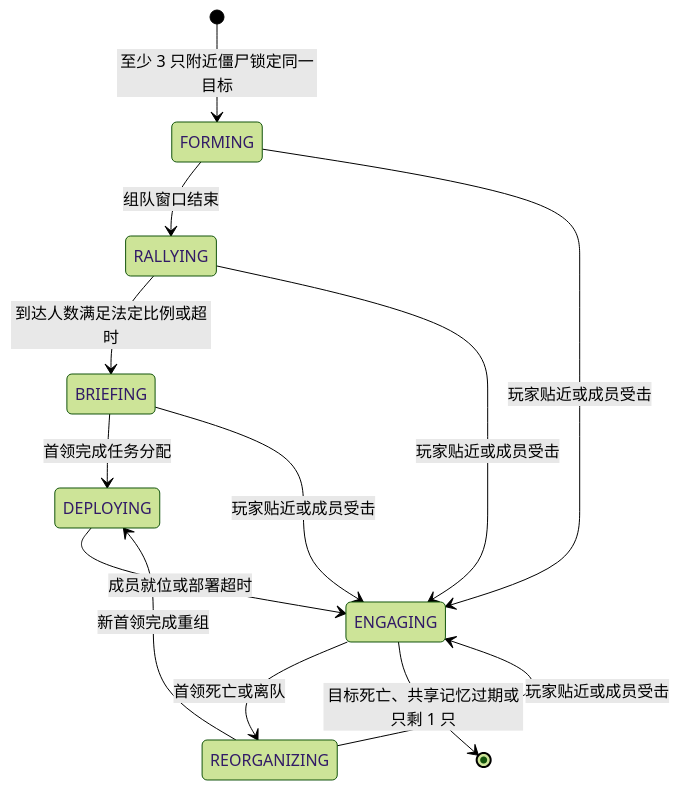
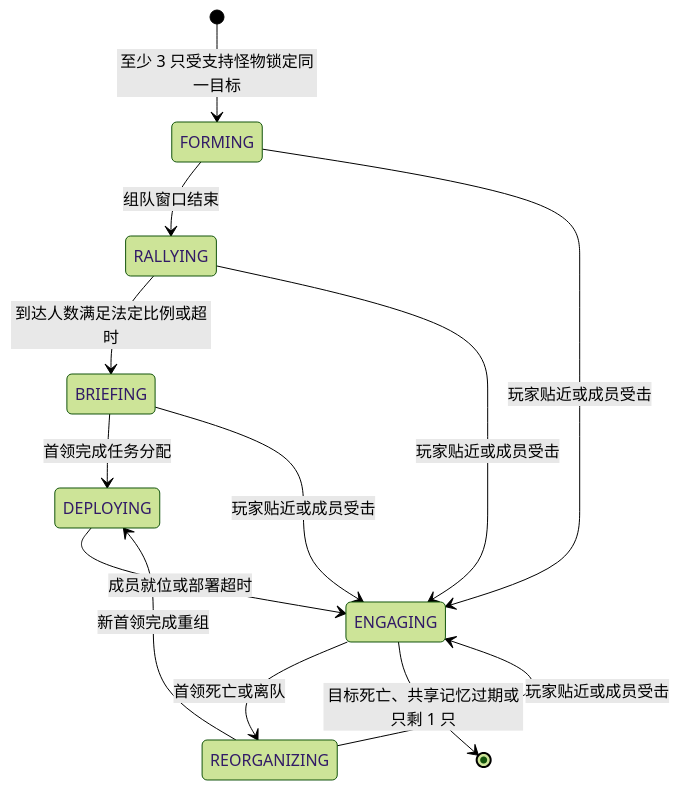
The third of 3 diagrams in ARCHITECTURE_PROPOSAL.md (WJZ-P/MobsThinkNow), drawn with Mermaid (forest theme) before and after one commit. The commit also changed other lines of this file and 1 other file, not shown here.

````diff
--- a/ARCHITECTURE_PROPOSAL.md
+++ b/ARCHITECTURE_PROPOSAL.md
@@ -271,15 +280,15 @@
 ```mermaid
 stateDiagram-v2
-    [*] --> FORMING: 至少 3 只附近僵尸锁定同一目标
+    [*] --> FORMING: 至少 3 只受支持怪物锁定同一目标
     FORMING --> RALLYING: 组队窗口结束
     RALLYING --> BRIEFING: 到达人数满足法定比例或超时
     BRIEFING --> DEPLOYING: 首领完成任务分配
     DEPLOYING --> ENGAGING: 成员就位或部署超时
     ENGAGING --> REORGANIZING: 首领死亡或离队
     REORGANIZING --> DEPLOYING: 新首领完成重组
     FORMING --> ENGAGING: 玩家贴近或成员受击
     RALLYING --> ENGAGING: 玩家贴近或成员受击
     BRIEFING --> ENGAGING: 玩家贴近或成员受击
     REORGANIZING --> ENGAGING: 玩家贴近或成员受击
     ENGAGING --> [*]: 目标死亡、共享记忆过期或只剩 1 只
 ```
````
